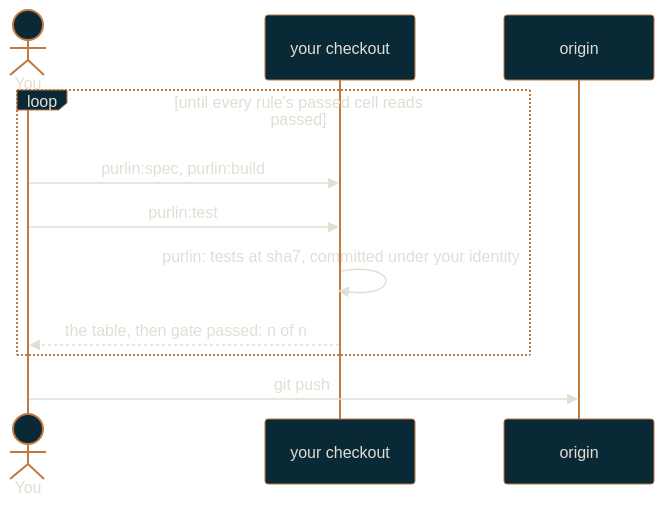
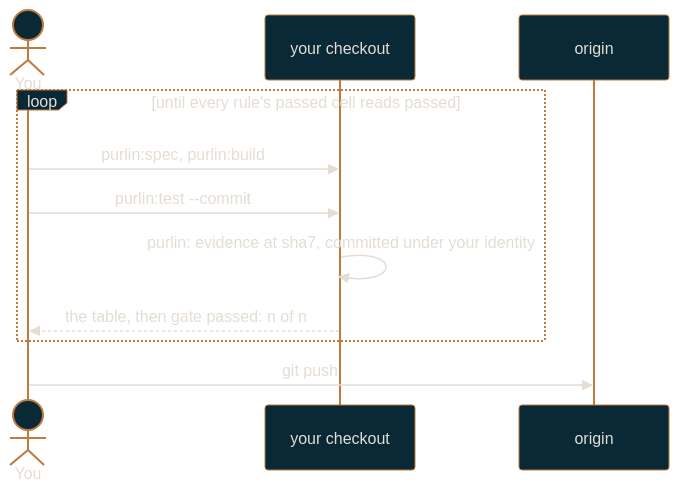
Before and after one commit to rlabarca/purlin: the diagram in docs/solo-workflow.md, drawn with Mermaid. The commit also changed other lines of this file and 13 other files, not shown here.

First line of the commit message:
docs: the pages name the evidence file, its commit and --commit

````diff
--- a/docs/solo-workflow.md
+++ b/docs/solo-workflow.md
@@ -16,14 +16,14 @@
 ```mermaid
 %%{init: {"theme": "base", "themeVariables": {"background": "#0C3444", "primaryColor": "#092936", "primaryTextColor": "#E4DDD4", "primaryBorderColor": "#C0793F", "lineColor": "#C0793F", "secondaryColor": "#0C3444", "tertiaryColor": "#092936", "fontFamily": "Arial", "textColor": "#E4DDD4"}}}%%
 sequenceDiagram
     actor You
     participant Tree as your checkout
     participant Origin as origin
     loop until every rule's passed cell reads passed
         You->>Tree: purlin:spec, purlin:build
-        You->>Tree: purlin:test
-        Tree->>Tree: purlin: tests at sha7, committed under your identity
+        You->>Tree: purlin:test --commit
+        Tree->>Tree: purlin: evidence at sha7, committed under your identity
         Tree-->>You: the table, then gate passed: n of n
     end
     You->>Origin: git push
 ```
````
